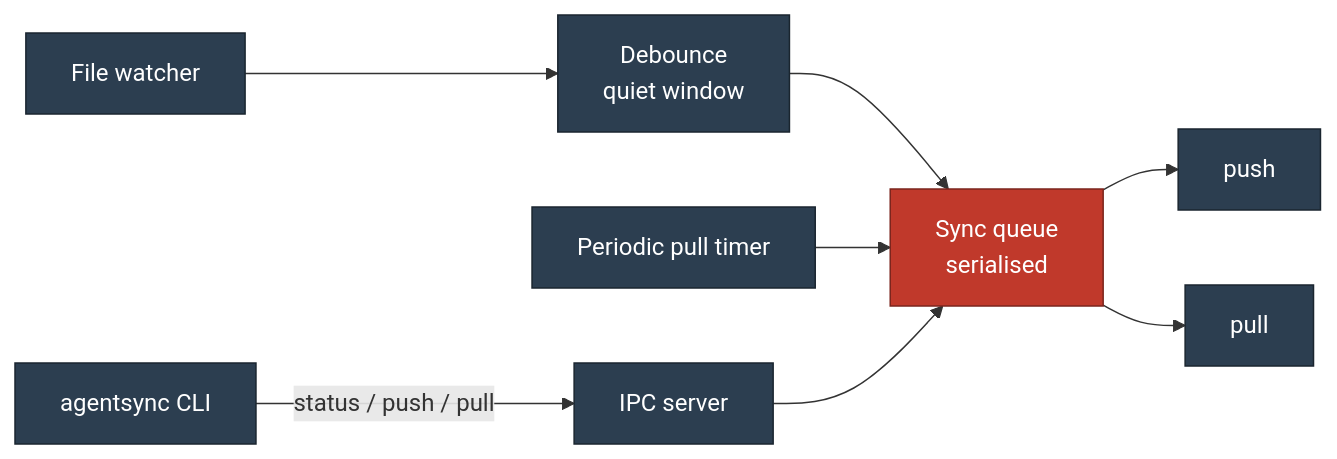
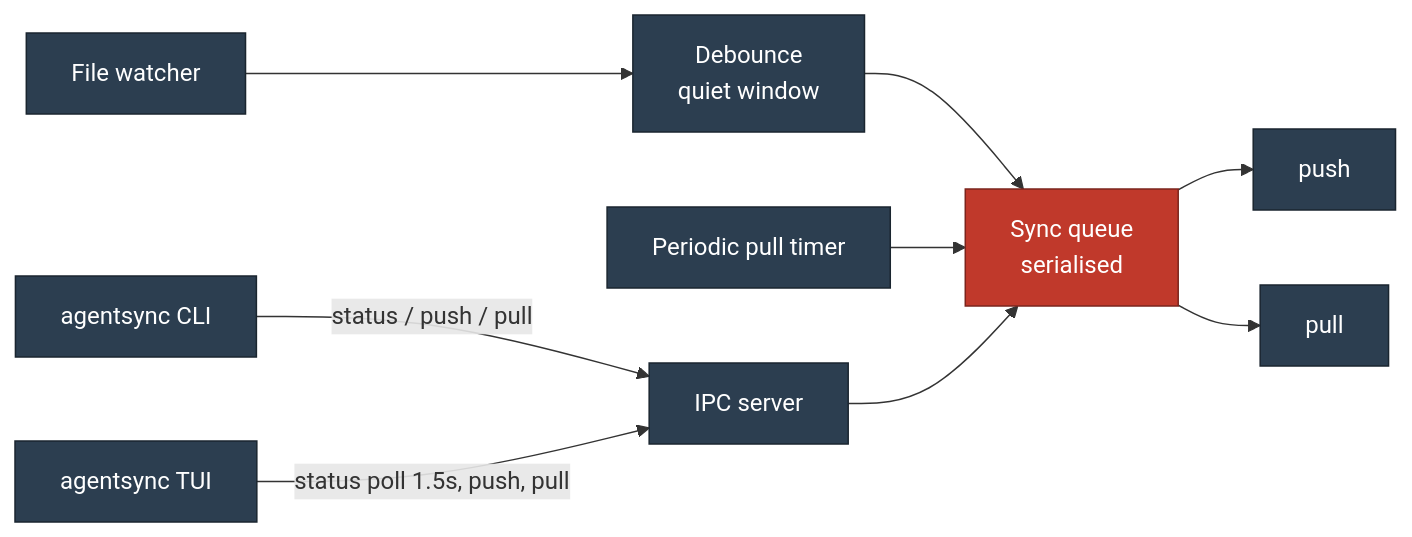
The fourth of 4 diagrams in docs/architecture.md (chrisleekr/agentsync), drawn with Mermaid before and after one commit. The commit also changed other lines of this file and 38 other files, not shown here.

````diff
--- a/docs/architecture.md
+++ b/docs/architecture.md
@@ -187,21 +187,24 @@
 ```mermaid
 flowchart LR
     Watcher["File watcher"]:::step
     Debounce["Debounce<br/>quiet window"]:::step
     Queue["Sync queue<br/>serialised"]:::gate
     Push["push"]:::step
     Pull["pull"]:::step
     Timer["Periodic pull timer"]:::step
     Ipc["IPC server"]:::step
-    Client["agentsync CLI"]:::local
+    Cli["agentsync CLI"]:::local
+    Tui["agentsync TUI"]:::local
 
     Watcher --> Debounce --> Queue
     Timer --> Queue
-    Client -->|status / push / pull| Ipc --> Queue
+    Cli -->|status / push / pull| Ipc
+    Tui -->|status poll 1.5s, push, pull| Ipc
+    Ipc --> Queue
     Queue --> Push
     Queue --> Pull
 
     classDef local fill:#2c3e50,color:#ffffff,stroke:#1a252f
     classDef step fill:#2c3e50,color:#ffffff,stroke:#1a252f
     classDef gate fill:#c0392b,color:#ffffff,stroke:#7b241c
 ```
````
